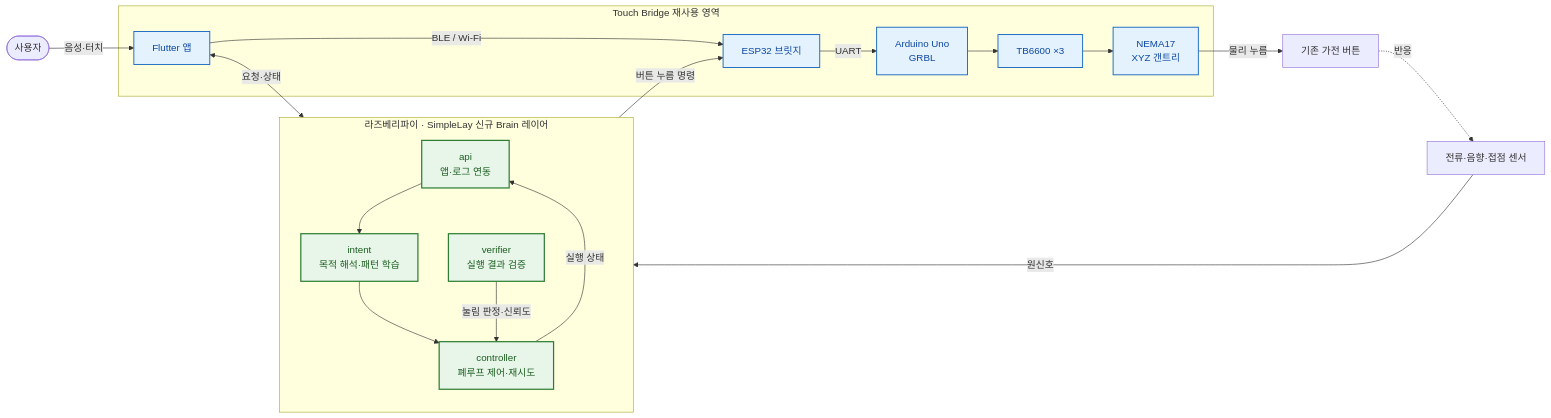
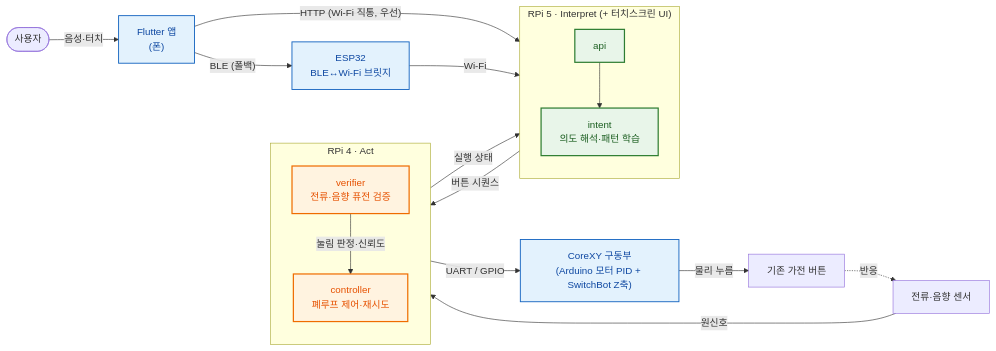
One commit to Seongwonp/Simplelay changed the diagram in README.md. Above: the diagram before and after it, drawn with Mermaid. The commit also changed other lines of this file and 2 other files, not shown here.

Commit message:
docs(readme): 앱→RPi5→RPi4 흐름으로 아키텍처 다이어그램 최신화
- 앱은 ESP32로 직접 가지 않음: ESP32는 BLE→Wi-Fi 폴백 브릿지일 뿐,
  모든 명령은 RPi5(Interpret)를 거쳐 RPi4(Act)로 위임됨을 명시
- 옛 Arduino Uno GRBL/TB6600/NEMA17 표기를 실제 하드웨어(CoreXY +
  SwitchBot Z축 + 커스텀 PID 펌웨어)로 정정

feat(app): 홈 화면 Chip을 가전명 대신 BLE 연결 상태로 변경

- 특정 가전명을 헤더에 고정 표시하면 "범용 기기 호환" 컨셉과
  어긋나므로 연결됨/미연결 텍스트 + 색상(연결 시 success 그린)으로 교체
- overflow ellipsis 추가로 잘림 방지

````diff
--- a/README.md
+++ b/README.md
@@ -21,43 +21,43 @@
 ```mermaid
 flowchart LR
     user(["사용자"])
+    app["Flutter 앱<br/>(폰)"]
+    esp32["ESP32<br/>BLE↔Wi-Fi 브릿지"]
 
-    subgraph reused["Touch Bridge 재사용 영역"]
-        app["Flutter 앱"]
-        esp32["ESP32 브릿지"]
-        grbl["Arduino Uno<br/>GRBL"]
-        driver["TB6600 ×3"]
-        gantry["NEMA17<br/>XYZ 갠트리"]
+    subgraph rpi5["RPi 5 · Interpret (+ 터치스크린 UI)"]
+        direction TB
+        api["api"]
+        intent["intent<br/>의도 해석·패턴 학습"]
+        api --> intent
     end
 
-    subgraph brain["라즈베리파이 · SimpleLay 신규 Brain 레이어"]
+    subgraph rpi4["RPi 4 · Act"]
         direction TB
-        api["api<br/>앱·로그 연동"]
-        intent["intent<br/>목적 해석·패턴 학습"]
         controller["controller<br/>폐루프 제어·재시도"]
-        verifier["verifier<br/>실행 결과 검증"]
-
-        api --> intent --> controller
+        verifier["verifier<br/>전류·음향 퓨전 검증"]
         verifier -->|"눌림 판정·신뢰도"| controller
-        controller -->|"실행 상태"| api
     end
 
-    sensors["전류·음향·접점 센서"]
+    hw["CoreXY 구동부<br/>(Arduino 모터 PID + SwitchBot Z축)"]
+    sensors["전류·음향 센서"]
     appliance["기존 가전 버튼"]
 
     user -->|"음성·터치"| app
-    app -->|"BLE / Wi-Fi"| esp32
-    esp32 -->|"UART"| grbl
-    grbl --> driver --> gantry
-    gantry -->|"물리 누름"| appliance
+    app -->|"HTTP (Wi-Fi 직통, 우선)"| api
+    app -->|"BLE (폴백)"| esp32
+    esp32 -->|"Wi-Fi"| api
 
-    app <-->|"요청·상태"| api
-    controller -->|"버튼 누름 명령"| esp32
+    intent -->|"버튼 시퀀스"| controller
+    controller -->|"실행 상태"| intent
+    controller -->|"UART / GPIO"| hw
+    hw -->|"물리 누름"| appliance
     appliance -.->|"반응"| sensors
     sensors -->|"원신호"| verifier
 
-    classDef newLayer fill:#e8f5e9,stroke:#2e7d32,stroke-width:2px,color:#1b5e20;
-    classDef reusedLayer fill:#e3f2fd,stroke:#1565c0,stroke-width:1.5px,color:#0d47a1;
-    class api,intent,controller,verifier newLayer;
-    class app,esp32,grbl,driver,gantry reusedLayer;
+    classDef rpi5Layer fill:#e8f5e9,stroke:#2e7d32,stroke-width:2px,color:#1b5e20;
+    classDef rpi4Layer fill:#fff3e0,stroke:#ef6c00,stroke-width:2px,color:#e65100;
+    classDef bridgeLayer fill:#e3f2fd,stroke:#1565c0,stroke-width:1.5px,color:#0d47a1;
+    class api,intent rpi5Layer;
+    class controller,verifier rpi4Layer;
+    class app,esp32,hw bridgeLayer;
 ```
````
